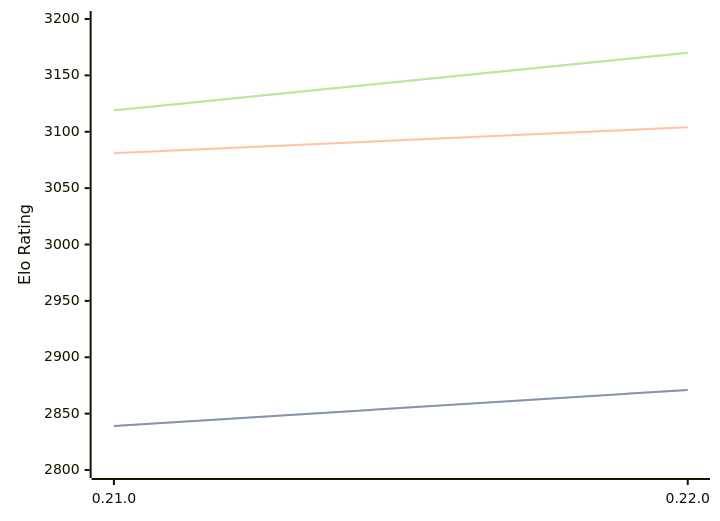
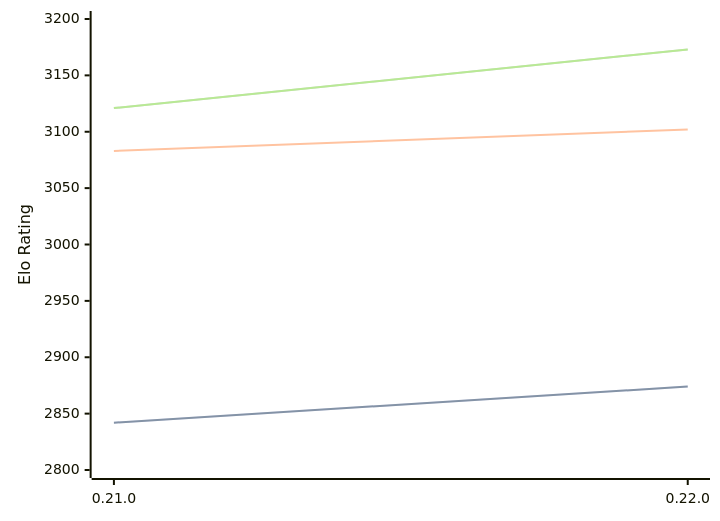
The diagram in engines/Princhess.md (computer-chess-index/cci), drawn with Mermaid before and after one commit. The commit also changed other lines of this file, not shown here.

Commit message:
Update CCI Ratings (ELO VLTC) - 2026-09-24

````diff
--- a/engines/Princhess.md
+++ b/engines/Princhess.md
@@ -32,11 +32,11 @@
 ```mermaid
 %%{init: {"theme":"base","themeVariables":{"seriesColors:['#a3a3a3','#222221','#faa371']}}}%%
 xychart-beta
   x-axis ["0.21.0", "0.22.0"]
   y-axis "Elo Rating" 2800 --> 3200
-  line "" [2839, 2871]
-  line "STC (8.0+0.08s)" [2839, 2871]
-  line "LTC (60.0+0.60s)" [3081, 3104]
-  line "" [3119, 3170]
-  line "VLTC (2m24s+1.12s)" [3119, 3170]
+  line "" [2842, 2874]
+  line "STC (8.0+0.08s)" [2842, 2874]
+  line "LTC (60.0+0.60s)" [3083, 3102]
+  line "" [3121, 3173]
+  line "VLTC (2m24s+1.12s)" [3121, 3173]
 ```
````
